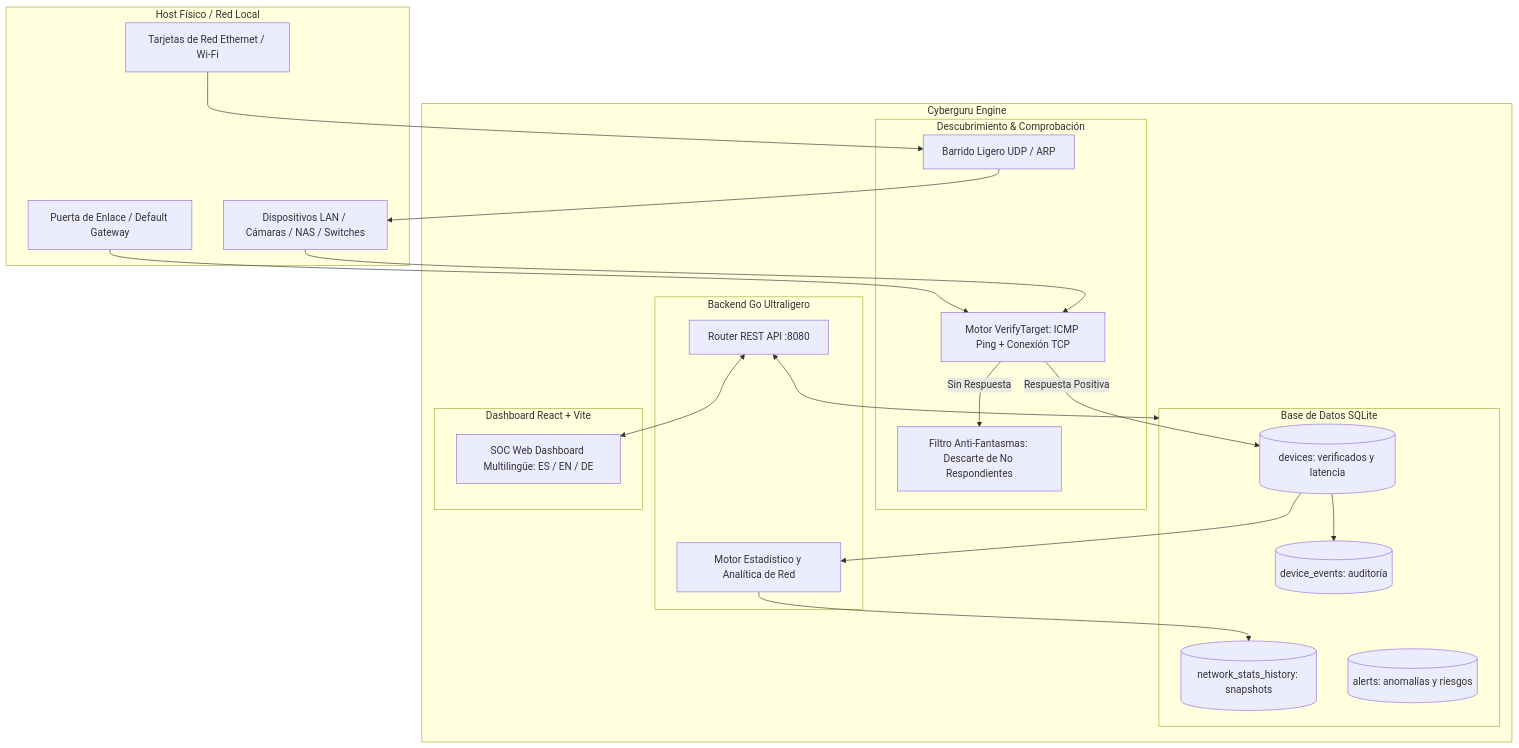
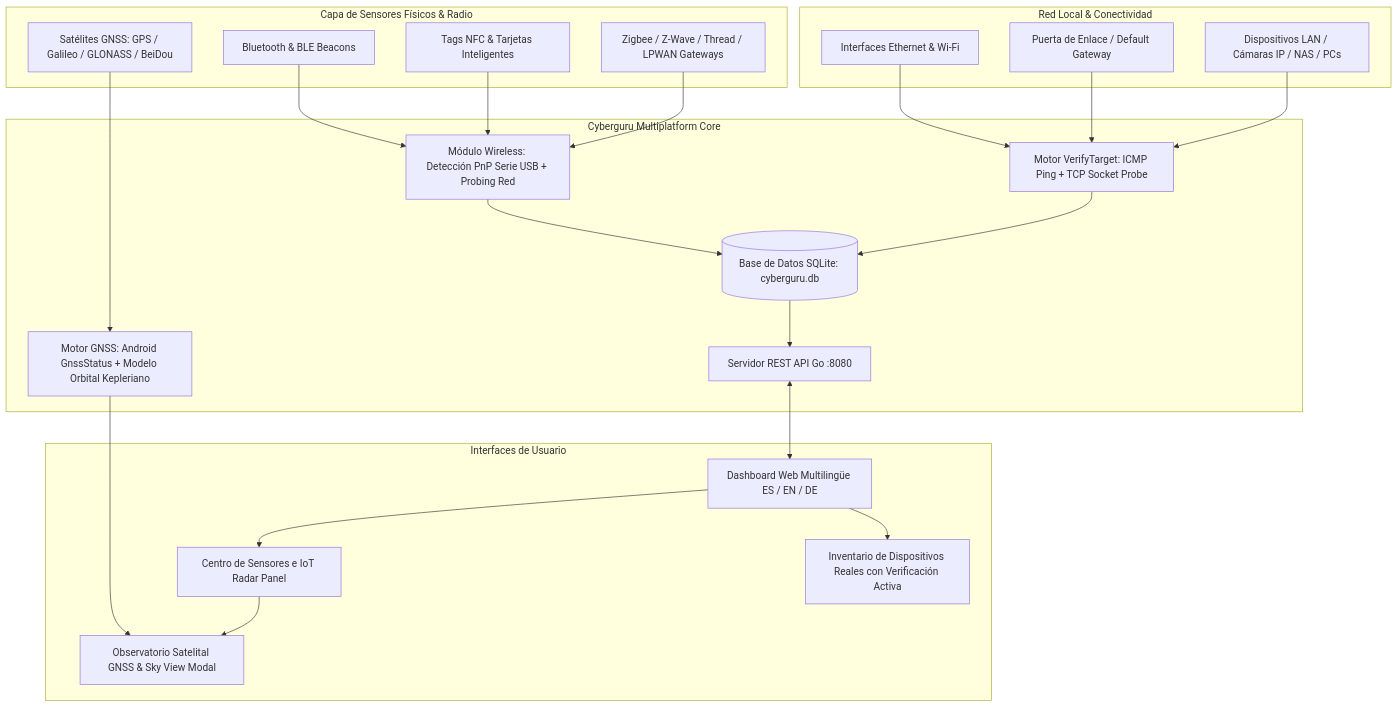
The diagram in README.md (cast0rtech/Cyberguru), drawn with Mermaid before and after one commit. The commit also changed other lines of this file and 1 other file, not shown here.

Commit message:
docs: comprehensive user guide (guia.md) and updated README with GNSS satellite sky view and wireless sensors

````diff
--- a/README.md
+++ b/README.md
@@ -45,44 +48,47 @@
 ```mermaid
 graph TD
-    subgraph Host["Host Físico / Red Local"]
-        NET[Tarjetas de Red Ethernet / Wi-Fi]
-        GW[Puerta de Enlace / Default Gateway]
-        DEVS[Dispositivos LAN / Cámaras / NAS / Switches]
+    subgraph Sensors["Capa de Sensores Físicos & Radio"]
+        SAT[Satélites GNSS: GPS / Galileo / GLONASS / BeiDou]
+        BLE[Bluetooth & BLE Beacons]
+        NFC[Tags NFC & Tarjetas Inteligentes]
+        IOT[Zigbee / Z-Wave / Thread / LPWAN Gateways]
     end
 
-    subgraph Cyberguru["Cyberguru Engine"]
-        subgraph Discovery["Descubrimiento & Comprobación"]
-            SWEEP[Barrido Ligero UDP / ARP]
-            VERIF[Motor VerifyTarget: ICMP Ping + Conexión TCP]
-            FILTER[Filtro Anti-Fantasmas: Descarte de No Respondientes]
-        end
-
-        subgraph Core["Backend Go Ultraligero"]
-            API[Router REST API :8080]
-            STATS[Motor Estadístico y Analítica de Red]
-        end
-
-        subgraph DB["Base de Datos SQLite"]
-            T_DEVS[(devices: verificados y latencia)]
-            T_EVTS[(device_events: auditoría)]
-            T_SNAP[(network_stats_history: snapshots)]
-            T_ALRT[(alerts: anomalías y riesgos)]
-        end
-
-        subgraph UI["Dashboard React + Vite"]
-            SPA[SOC Web Dashboard Multilingüe: ES / EN / DE]
-        end
+    subgraph Host["Red Local & Conectividad"]
+        NET[Interfaces Ethernet & Wi-Fi]
+        GW[Puerta de Enlace / Default Gateway]
+        LAN[Dispositivos LAN / Cámaras IP / NAS / PCs]
     end
 
-    NET --> SWEEP
-    SWEEP --> DEVS
-    DEVS --> VERIF
+    subgraph CyberguruCore["Cyberguru Multiplatform Core"]
+        GNSS_ENGINE[Motor GNSS: Android GnssStatus + Modelo Orbital Kepleriano]
+        VERIF[Motor VerifyTarget: ICMP Ping + TCP Socket Probe]
+        WIRELESS[Módulo Wireless: Detección PnP Serie USB + Probing Red]
+        ROUTER[Servidor REST API Go :8080]
+        DB[(Base de Datos SQLite: cyberguru.db)]
+    end
+
+    subgraph UserInterface["Interfaces de Usuario"]
+        MODAL[Observatorio Satelital GNSS & Sky View Modal]
+        RADAR[Centro de Sensores e IoT Radar Panel]
+        TABLE[Inventario de Dispositivos Reales con Verificación Activa]
+        SOC[Dashboard Web Multilingüe ES / EN / DE]
+    end
+
+    SAT --> GNSS_ENGINE
+    BLE --> WIRELESS
+    NFC --> WIRELESS
+    IOT --> WIRELESS
+    NET --> VERIF
+    LAN --> VERIF
     GW --> VERIF
-    VERIF -->|Respuesta Positiva| T_DEVS
-    VERIF -->|Sin Respuesta| FILTER
-    T_DEVS --> STATS
-    STATS --> T_SNAP
-    T_DEVS --> T_EVTS
-    API <--> DB
-    API <--> SPA
+
+    VERIF --> DB
+    WIRELESS --> DB
+    GNSS_ENGINE --> MODAL
+    DB --> ROUTER
+    ROUTER <--> SOC
+    SOC --> TABLE
+    SOC --> RADAR
+    RADAR --> MODAL
 ```
````
